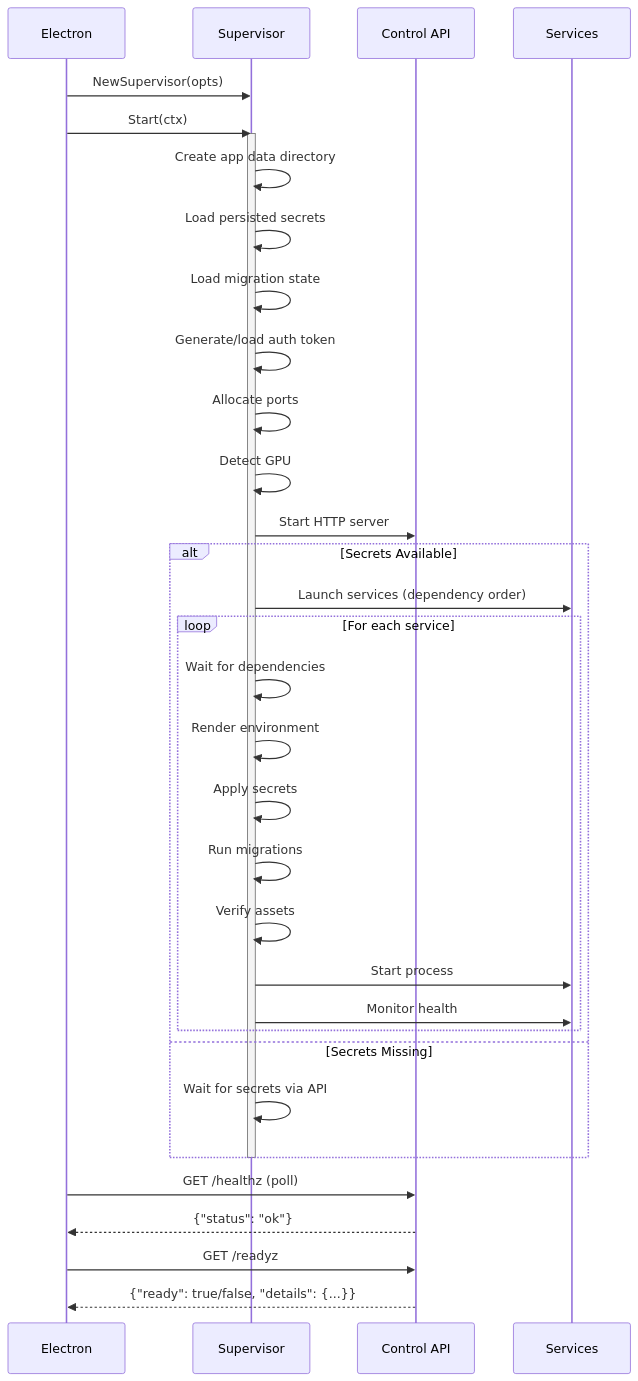
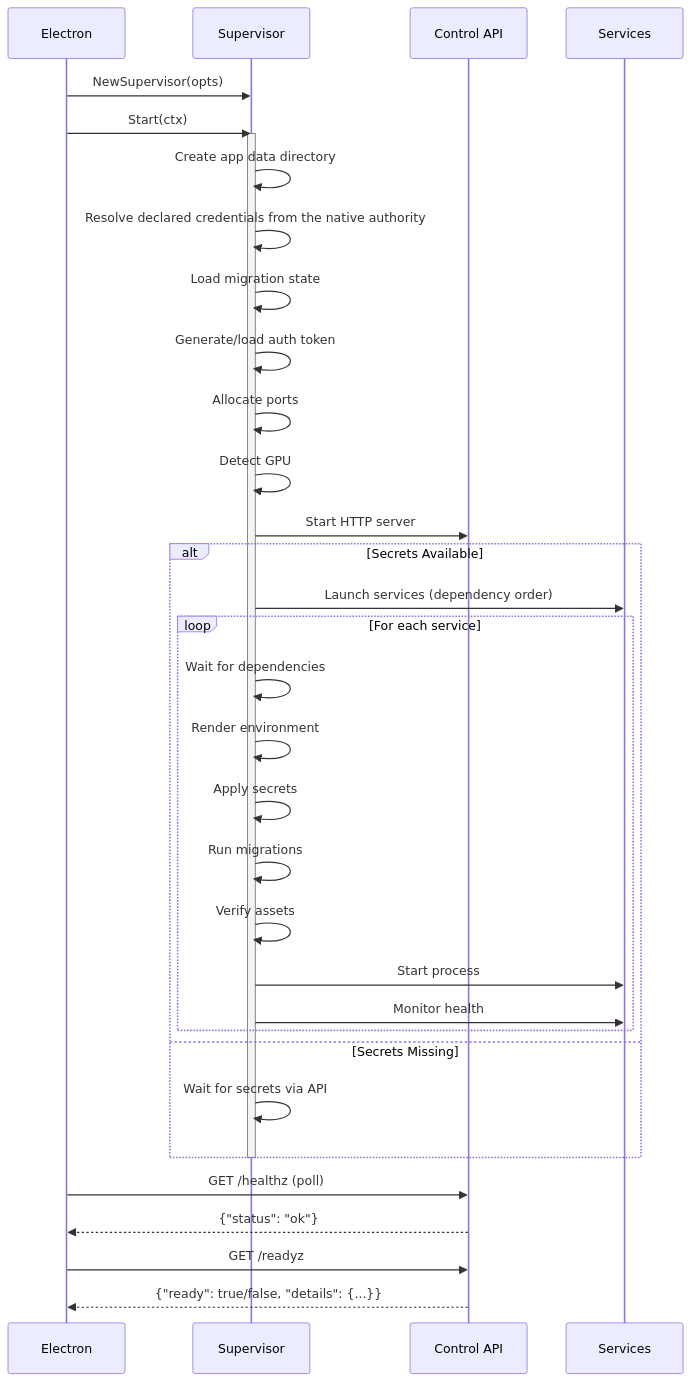
One commit to Vrooli/Vrooli changed the second of 2 diagrams in scenarios/scenario-to-desktop/runtime/README.md. Above: the diagram before and after it, drawn with Mermaid. The commit also changed other lines of this file and 104 other files, not shown here.

````diff
--- a/scenarios/scenario-to-desktop/runtime/README.md
+++ b/scenarios/scenario-to-desktop/runtime/README.md
@@ -95,41 +95,41 @@
 ```mermaid
 sequenceDiagram
     participant E as Electron
     participant S as Supervisor
     participant C as Control API
     participant SVC as Services
 
     E->>S: NewSupervisor(opts)
     E->>S: Start(ctx)
 
     activate S
     S->>S: Create app data directory
-    S->>S: Load persisted secrets
+    S->>S: Resolve declared credentials from the native authority
     S->>S: Load migration state
     S->>S: Generate/load auth token
     S->>S: Allocate ports
     S->>S: Detect GPU
     S->>C: Start HTTP server
 
     alt Secrets Available
         S->>SVC: Launch services (dependency order)
         loop For each service
             S->>S: Wait for dependencies
             S->>S: Render environment
             S->>S: Apply secrets
             S->>S: Run migrations
             S->>S: Verify assets
             S->>SVC: Start process
             S->>SVC: Monitor health
         end
     else Secrets Missing
         S->>S: Wait for secrets via API
     end
     deactivate S
 
     E->>C: GET /healthz (poll)
     C-->>E: {"status": "ok"}
 
     E->>C: GET /readyz
     C-->>E: {"ready": true/false, "details": {...}}
 ```
````
